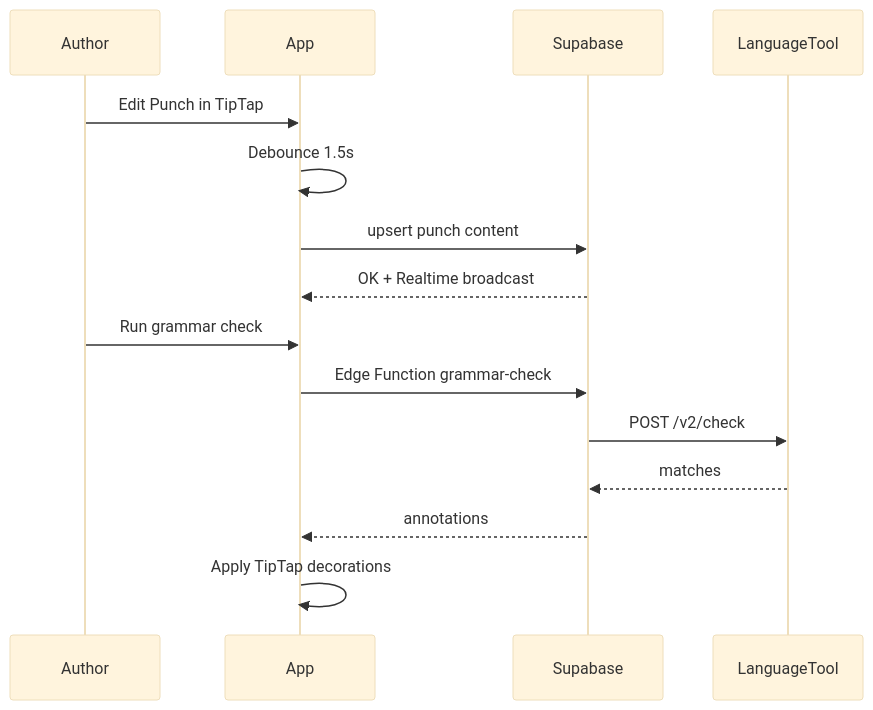
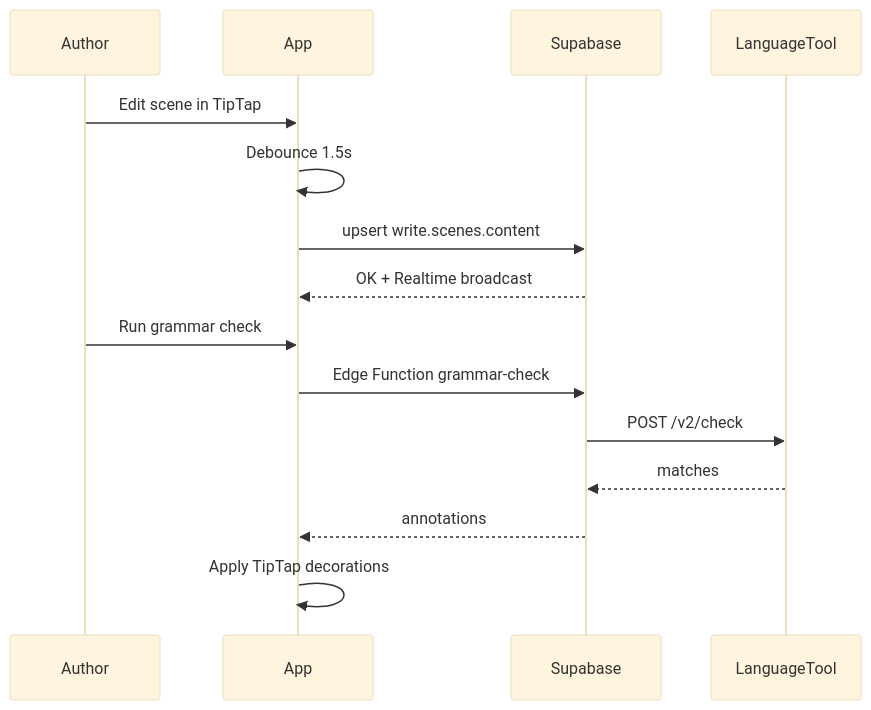
The second of 2 diagrams in .cursor/plans/write_knuckles_phase_1_bf718be3.plan.md (Scott-Mollon/write-knuckles), drawn with Mermaid (base theme) before and after one commit. The commit also changed other lines of this file, not shown here.

````diff
--- a/.cursor/plans/write_knuckles_phase_1_bf718be3.plan.md
+++ b/.cursor/plans/write_knuckles_phase_1_bf718be3.plan.md
@@ -430,19 +438,19 @@
 ```mermaid
 sequenceDiagram
   participant Author
   participant App
   participant Supabase
   participant LT as LanguageTool
 
-  Author->>App: Edit Punch in TipTap
+  Author->>App: Edit scene in TipTap
   App->>App: Debounce 1.5s
-  App->>Supabase: upsert punch content
+  App->>Supabase: upsert write.scenes.content
   Supabase-->>App: OK + Realtime broadcast
 
   Author->>App: Run grammar check
   App->>Supabase: Edge Function grammar-check
   Supabase->>LT: POST /v2/check
   LT-->>Supabase: matches
   Supabase-->>App: annotations
   App->>App: Apply TipTap decorations
 ```
````
